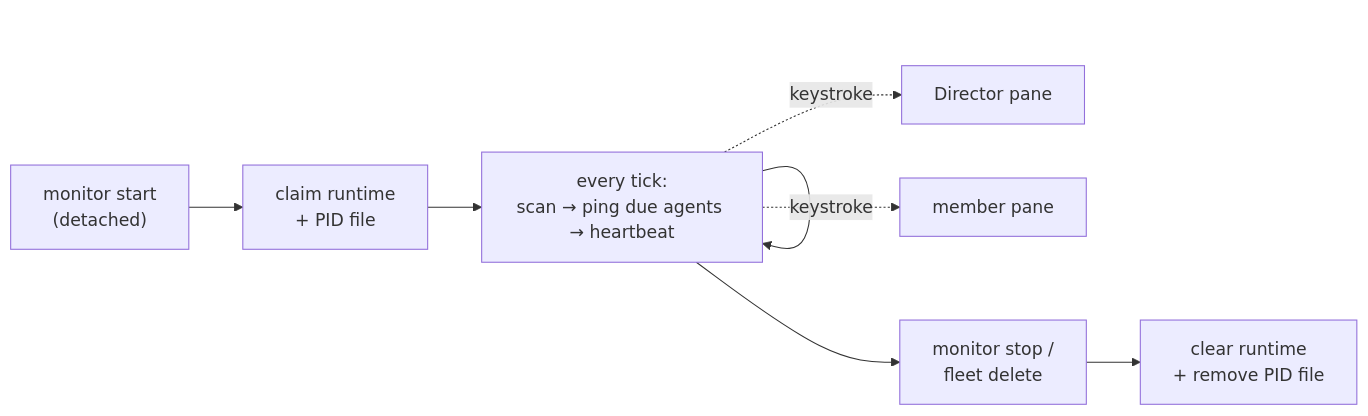
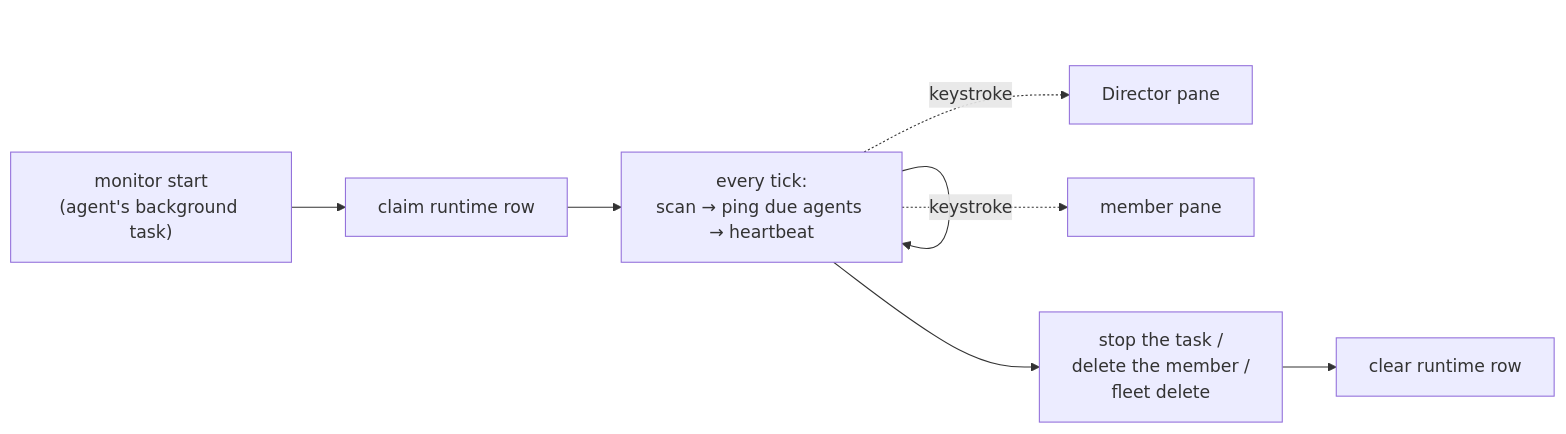
The diagram in docs/concepts/monitoring.md (himkt/cafleet), drawn with Mermaid before and after one commit. The commit also changed other lines of this file and 28 other files, not shown here.

Commit message:
feat: rework monitor to agent-run foreground loop; remove detached process, PID file, and stop (design 0000087 R1)

````diff
--- a/docs/concepts/monitoring.md
+++ b/docs/concepts/monitoring.md
@@ -96,11 +95,11 @@
 ```mermaid
 %%{init: {'theme': 'default', 'themeVariables': {'fontSize': '16px'}}}%%
 flowchart LR
-    Start["monitor start<br/>(detached)"] --> Claim["claim runtime<br/>+ PID file"]
+    Start["monitor start<br/>(agent's background task)"] --> Claim["claim runtime row"]
     Claim --> Tick["every tick:<br/>scan → ping due agents → heartbeat"]
     Tick --> Tick
-    Tick --> Stop["monitor stop /<br/>fleet delete"]
-    Stop --> Clear["clear runtime<br/>+ remove PID file"]
+    Tick --> Stop["stop the task /<br/>delete the member /<br/>fleet delete"]
+    Stop --> Clear["clear runtime row"]
     Tick -. keystroke .-> PaneD["Director pane"]
     Tick -. keystroke .-> PaneM["member pane"]
 ```
````
